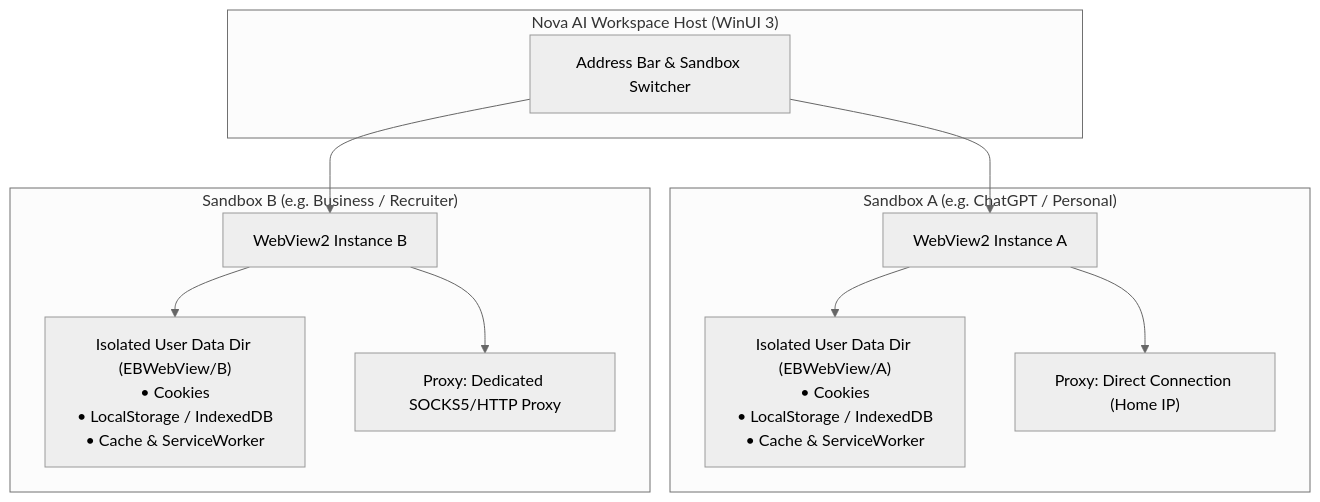
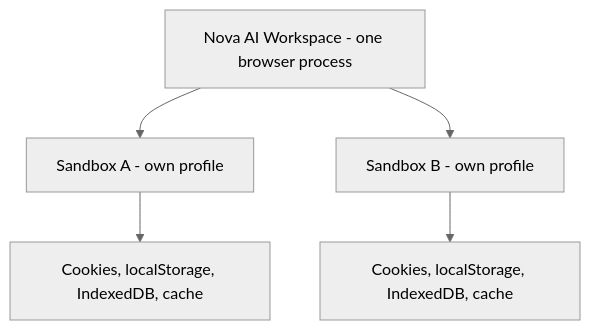
The diagram in docs/core-features/sandbox-isolation.md (joelaniol/nova), drawn with Mermaid (neutral theme) before and after one commit. The commit also changed other lines of this file and 495 other files, not shown here.

````diff
--- a/docs/core-features/sandbox-isolation.md
+++ b/docs/core-features/sandbox-isolation.md
@@ -33,31 +34,8 @@
 ```mermaid
 flowchart TD
-    subgraph Host["Nova AI Workspace Host (WinUI 3)"]
-        Nav["Address Bar & Sandbox Switcher"]
-    end
-
-    subgraph SandboxA["Sandbox A (e.g. ChatGPT / Personal)"]
-        WebA["WebView2 Instance A"]
-        StorageA["Isolated User Data Dir (EBWebView/A)
-• Cookies
-• LocalStorage / IndexedDB
-• Cache & ServiceWorker"]
-        ProxyA["Proxy: Direct Connection (Home IP)"]
-    end
-
-    subgraph SandboxB["Sandbox B (e.g. Business / Recruiter)"]
-        WebB["WebView2 Instance B"]
-        StorageB["Isolated User Data Dir (EBWebView/B)
-• Cookies
-• LocalStorage / IndexedDB
-• Cache & ServiceWorker"]
-        ProxyB["Proxy: Dedicated SOCKS5/HTTP Proxy"]
-    end
-
-    Nav --> WebA
-    Nav --> WebB
-    WebA --> StorageA
-    WebA --> ProxyA
-    WebB --> StorageB
-    WebB --> ProxyB
+    Nova["Nova AI Workspace - one browser process"]
+    Nova --> A["Sandbox A - own profile"]
+    Nova --> B["Sandbox B - own profile"]
+    A --> SA["Cookies, localStorage, IndexedDB, cache"]
+    B --> SB["Cookies, localStorage, IndexedDB, cache"]
 ```
````
